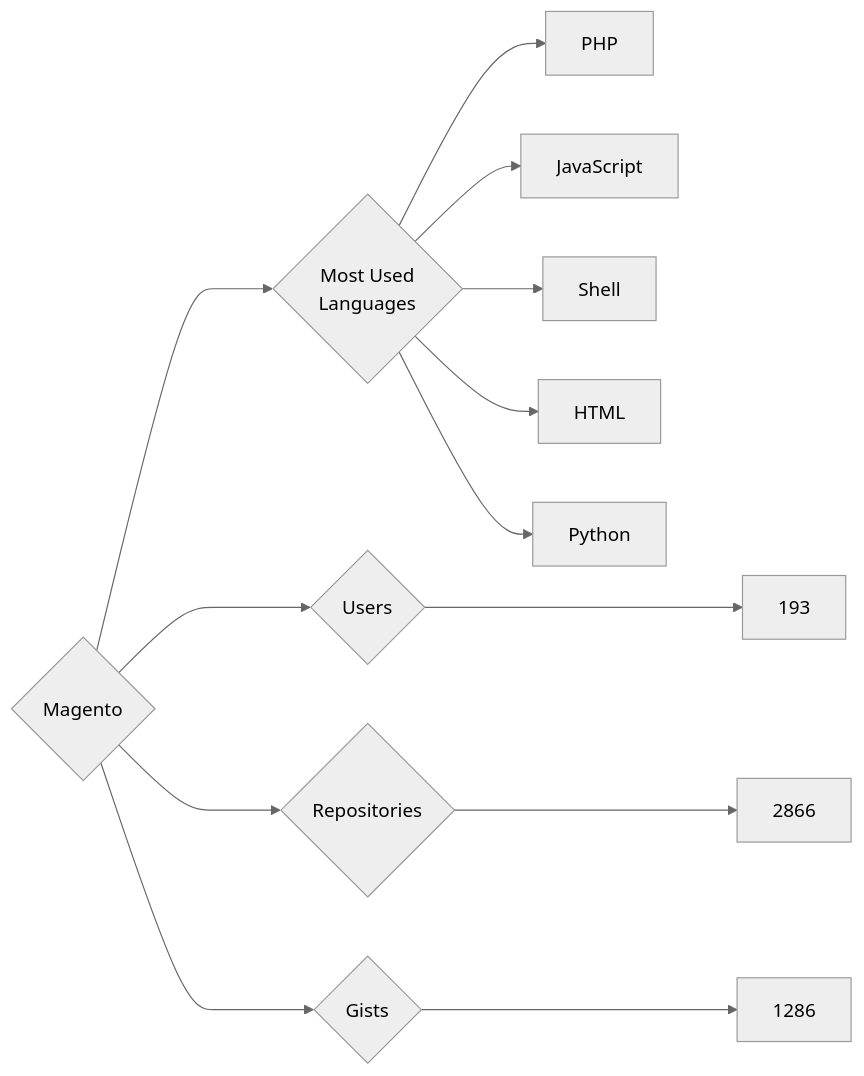
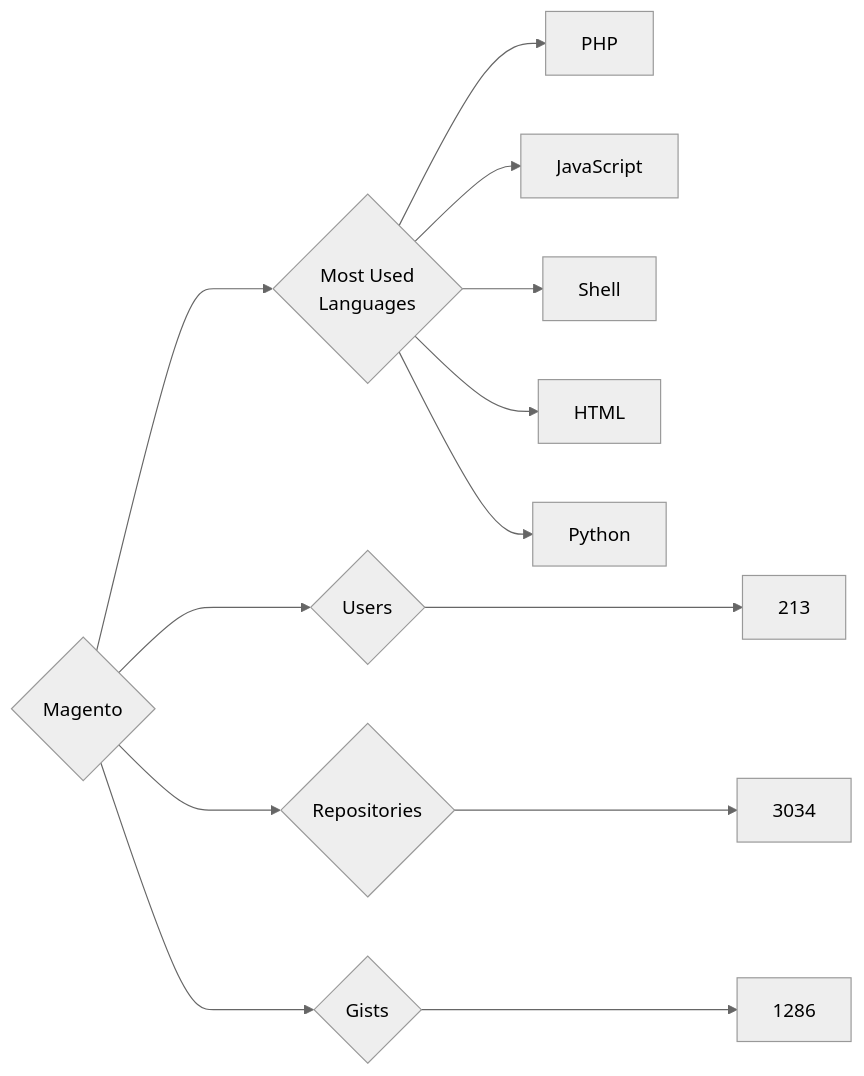
Before and after one commit to trickest/insiders: the diagram in targets/Magento/README.md, drawn with Mermaid (neutral theme). The commit also changed 845 other files, not shown here.

````diff
--- a/targets/Magento/README.md
+++ b/targets/Magento/README.md
@@ -3,13 +3,13 @@
 ```mermaid
 graph LR
 COMPANY_NAME{Magento}
-COMPANY_NAME ---> U{Users} ---> UN[193]
-COMPANY_NAME ---> R{Repositories} ---> RN[2866]
+COMPANY_NAME ---> U{Users} ---> UN[213]
+COMPANY_NAME ---> R{Repositories} ---> RN[3034]
 COMPANY_NAME ---> G{Gists} ---> GN[1286]
 COMPANY_NAME ---> ML{Most Used<br>Languages}
 ML --> PHP[PHP]
 ML --> JavaScript[JavaScript]
 ML --> Shell[Shell]
 ML --> HTML[HTML]
 ML --> Python[Python]
 ```
````
